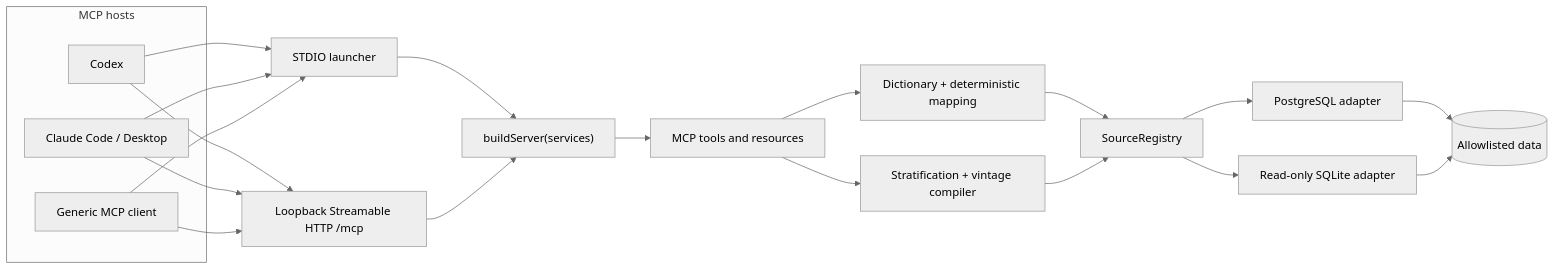
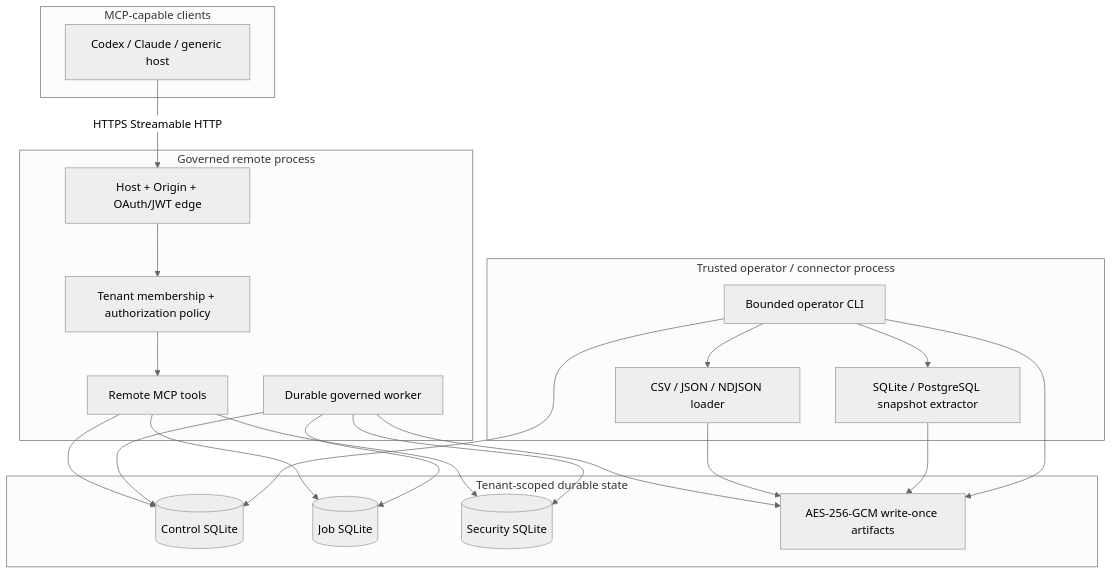
Before and after one commit to itscharles175/abl-data-risk-mcp: the diagram in docs/ARCHITECTURE.md, drawn with Mermaid (neutral theme). The commit also changed other lines of this file and 92 other files, not shown here.

Commit message:
feat: complete governed ABL MCP platform

````diff
--- a/docs/ARCHITECTURE.md
+++ b/docs/ARCHITECTURE.md
@@ -29,27 +23,41 @@
 ```mermaid
-flowchart LR
-  subgraph Hosts["MCP hosts"]
-    C["Codex"]
-    CC["Claude Code / Desktop"]
-    G["Generic MCP client"]
+flowchart TB
+  subgraph Clients["MCP-capable clients"]
+    C["Codex / Claude / generic host"]
   end
 
-  C --> S["STDIO launcher"]
-  CC --> S
-  G --> S
-  C --> H["Loopback Streamable HTTP /mcp"]
-  CC --> H
-  G --> H
+  subgraph Remote["Governed remote process"]
+    E["Host + Origin + OAuth/JWT edge"]
+    P["Tenant membership + authorization policy"]
+    M["Remote MCP tools"]
+    W["Durable governed worker"]
+  end
 
-  S --> F["buildServer(services)"]
-  H --> F
-  F --> M["MCP tools and resources"]
-  M --> D["Dictionary + deterministic mapping"]
-  M --> A["Stratification + vintage compiler"]
-  D --> R["SourceRegistry"]
-  A --> R
-  R --> P["PostgreSQL adapter"]
-  R --> Q["Read-only SQLite adapter"]
-  P --> DB[("Allowlisted data")]
-  Q --> DB
+  subgraph Durable["Tenant-scoped durable state"]
+    D1[("Control SQLite")]
+    D2[("Job SQLite")]
+    D3[("Security SQLite")]
+    A["AES-256-GCM write-once artifacts"]
+  end
+
+  subgraph Operator["Trusted operator / connector process"]
+    O["Bounded operator CLI"]
+    F["CSV / JSON / NDJSON loader"]
+    X["SQLite / PostgreSQL snapshot extractor"]
+  end
+
+  C -->|"HTTPS Streamable HTTP"| E --> P --> M
+  M --> D1
+  M --> D2
+  M --> D3
+  W --> D1
+  W --> D2
+  W --> D3
+  W --> A
+  O --> F
+  O --> X
+  F --> A
+  X --> A
+  O --> D1
+  O --> A
 ```
````
